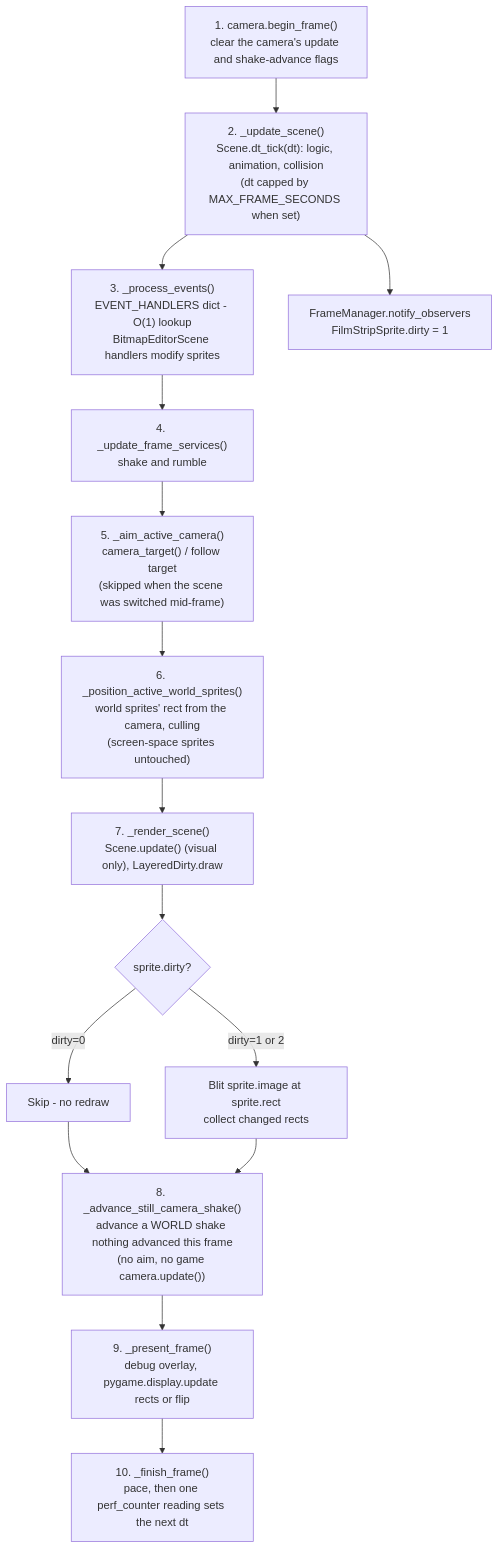
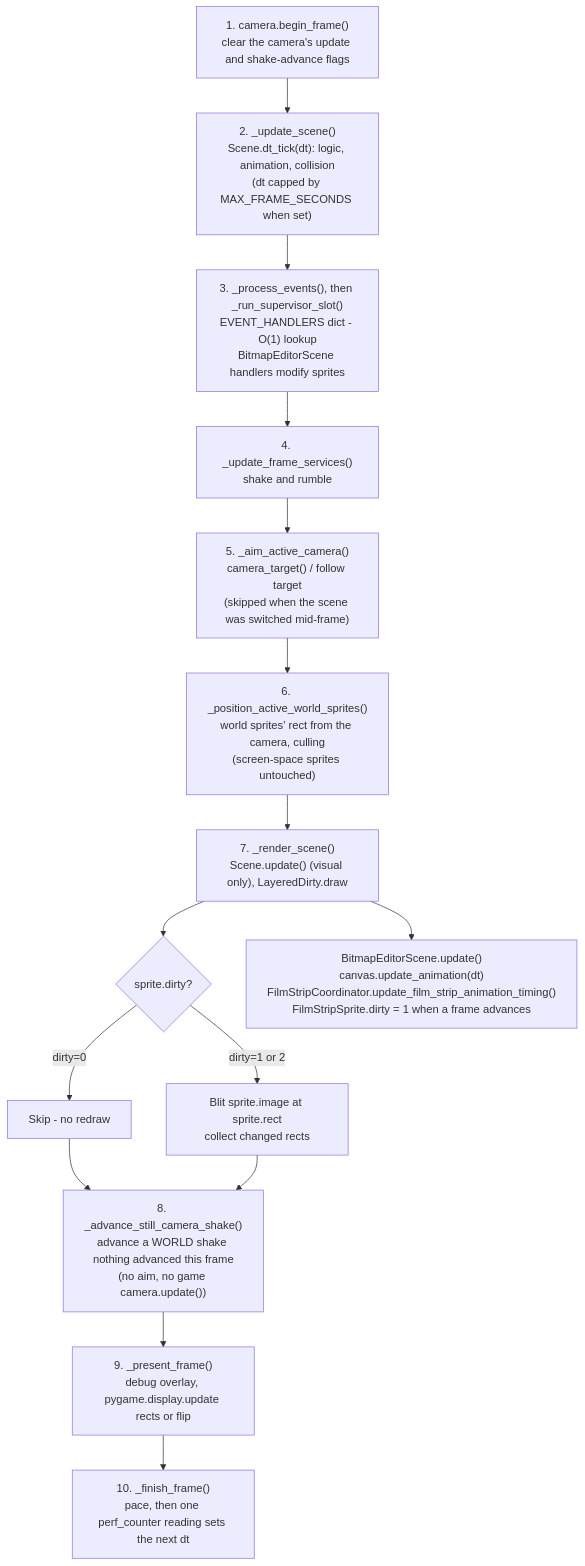
The seventh of 10 diagrams in docs/architecture/bitmappy.md (terrysimons/glitchygames), drawn with Mermaid before and after one commit. The commit also changed other lines of this file and 49 other files, not shown here.

````diff
--- a/docs/architecture/bitmappy.md
+++ b/docs/architecture/bitmappy.md
@@ -209,18 +220,18 @@
 ```mermaid
 flowchart TD
     BEGIN["1. camera.begin_frame()\nclear the camera's update and shake-advance flags"] --> LOGIC
     LOGIC["2. _update_scene()\nScene.dt_tick(dt): logic, animation, collision\n(dt capped by MAX_FRAME_SECONDS when set)"] --> EVENTS
-    LOGIC --> FM["FrameManager.notify_observers\nFilmStripSprite.dirty = 1"]
-    EVENTS["3. _process_events()\nEVENT_HANDLERS dict - O(1) lookup\nBitmapEditorScene handlers modify sprites"] --> SERVICES
+    EVENTS["3. _process_events(), then _run_supervisor_slot()\nEVENT_HANDLERS dict - O(1) lookup\nBitmapEditorScene handlers modify sprites"] --> SERVICES
     SERVICES["4. _update_frame_services()\nshake and rumble"] --> AIM
     AIM["5. _aim_active_camera()\ncamera_target() / follow target\n(skipped when the scene was switched mid-frame)"] --> POSITION
     POSITION["6. _position_active_world_sprites()\nworld sprites' rect from the camera, culling\n(screen-space sprites untouched)"] --> RENDER
     RENDER["7. _render_scene()\nScene.update() (visual only), LayeredDirty.draw"] --> CHECK{"sprite.dirty?"}
+    RENDER --> FM["BitmapEditorScene.update()\ncanvas.update_animation(dt)\nFilmStripCoordinator.update_film_strip_animation_timing()\nFilmStripSprite.dirty = 1 when a frame advances"]
     CHECK -->|"dirty=0"| SKIP["Skip - no redraw"]
     CHECK -->|"dirty=1 or 2"| REDRAW["Blit sprite.image at sprite.rect\ncollect changed rects"]
     SKIP --> STILL
     REDRAW --> STILL
     STILL["8. _advance_still_camera_shake()\nadvance a WORLD shake nothing advanced this frame\n(no aim, no game camera.update())"] --> PRESENT
     PRESENT["9. _present_frame()\ndebug overlay, pygame.display.update rects or flip"] --> FINISH
     FINISH["10. _finish_frame()\npace, then one perf_counter reading sets the next dt"]
 ```
````
